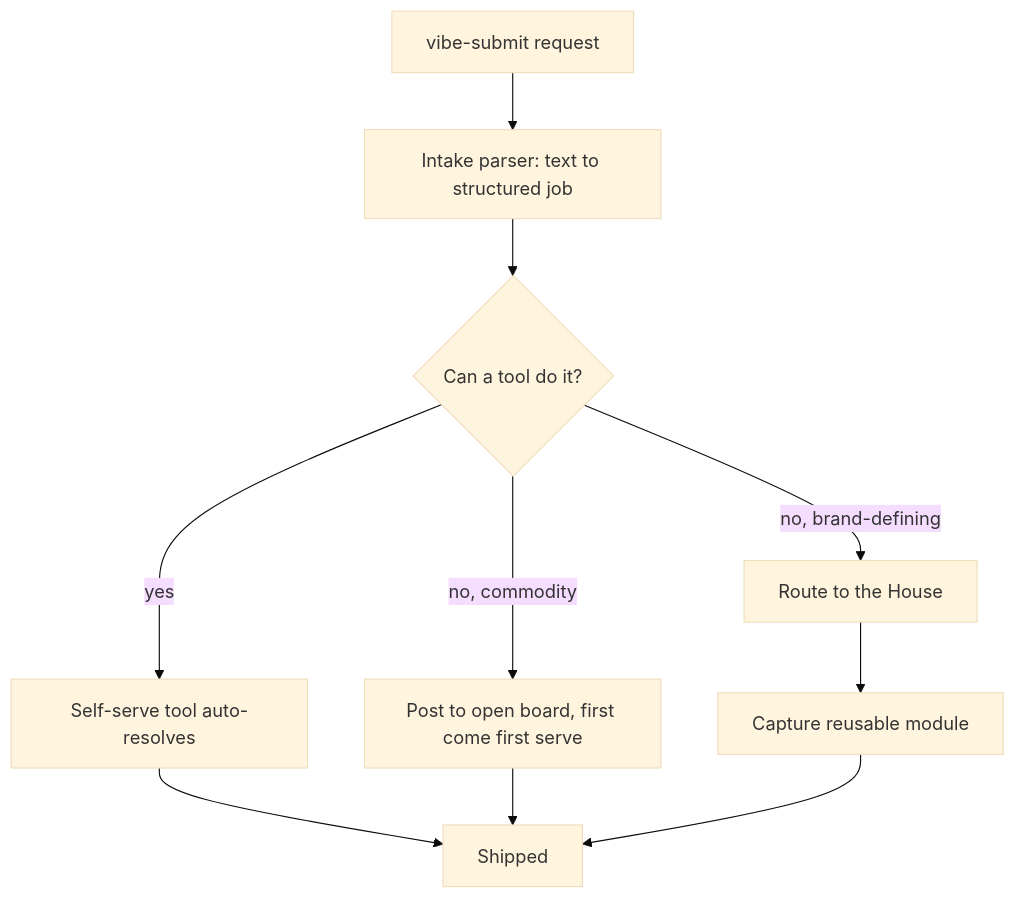
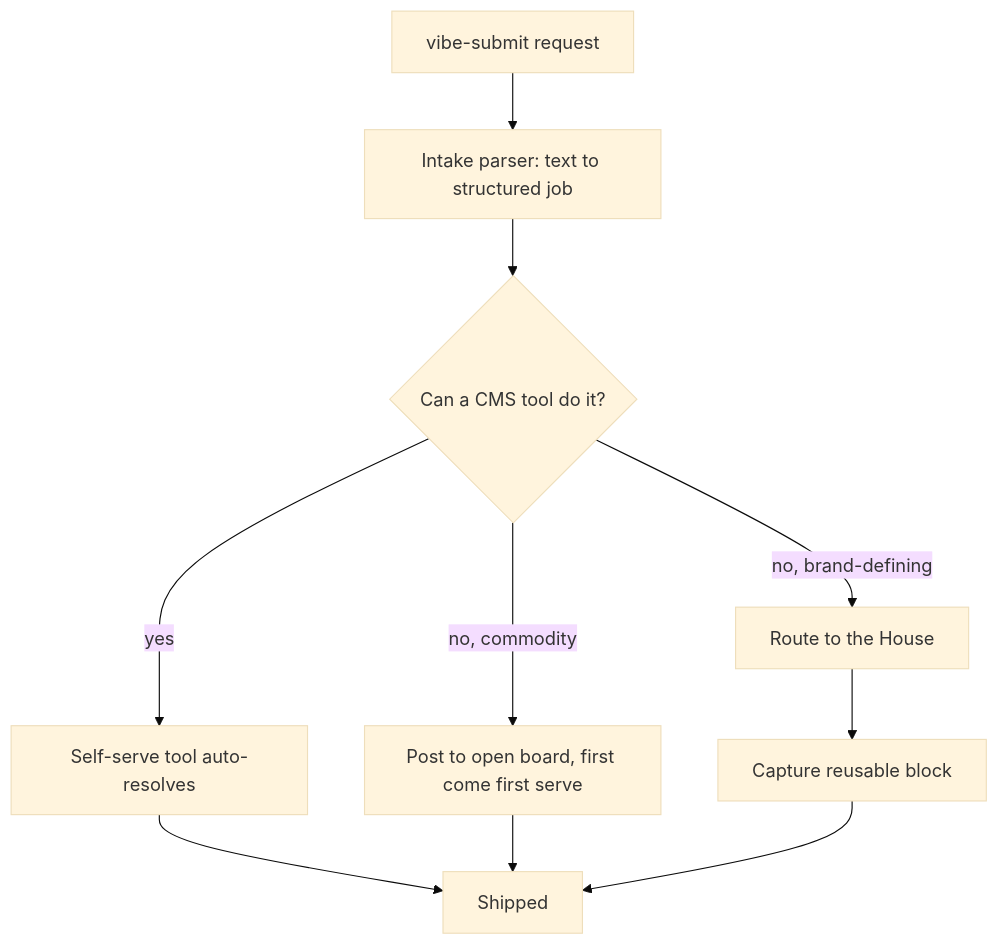
Before and after one commit to matthewharwood/engmanager.xyz: the second of 3 diagrams in website/articles/the-execution-marketplace.md, drawn with Mermaid (base theme). The commit also changed other lines of this file and 1 other file, not shown here.

First line of the commit message:
Rewrite "The Execution Marketplace" around the Auteurs CMS

```diff
--- a/website/articles/the-execution-marketplace.md
+++ b/website/articles/the-execution-marketplace.md
@@ -94,12 +94,12 @@
 <div class="mermaid">
 flowchart TD
   REQ["vibe-submit request"] --> PARSE["Intake parser: text to structured job"]
-  PARSE --> Q{"Can a tool do it?"}
+  PARSE --> Q{"Can a CMS tool do it?"}
   Q -->|"yes"| AUTO["Self-serve tool auto-resolves"]
   Q -->|"no, commodity"| OPEN["Post to open board, first come first serve"]
   Q -->|"no, brand-defining"| HOUSE["Route to the House"]
-  HOUSE --> CAP["Capture reusable module"]
+  HOUSE --> CAP["Capture reusable block"]
   AUTO --> DONE["Shipped"]
   OPEN --> DONE
   CAP --> DONE
 </div>
```
